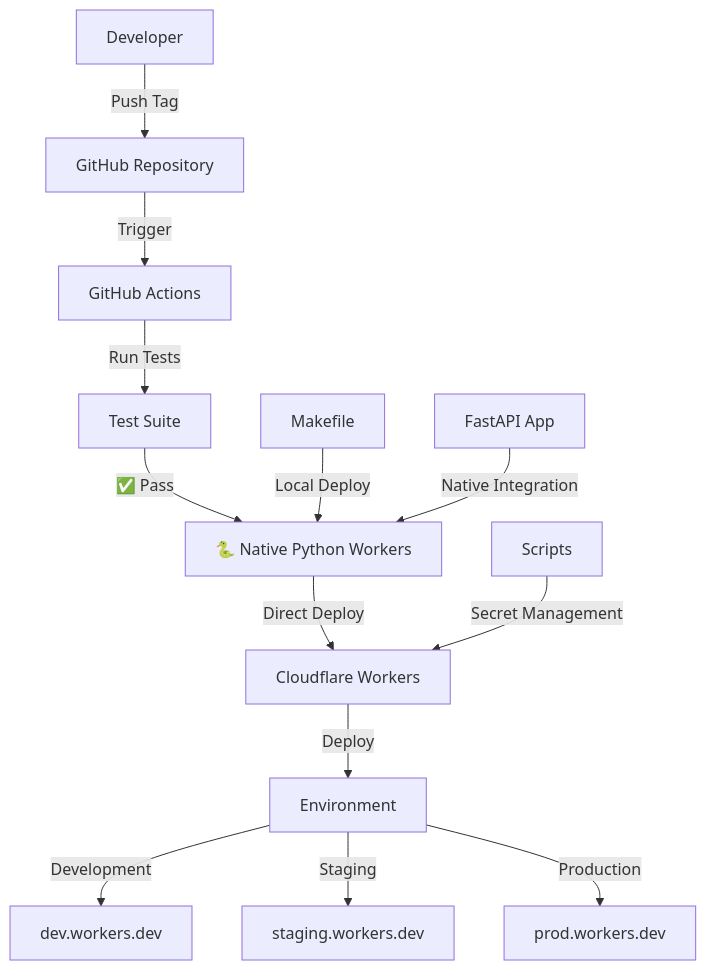
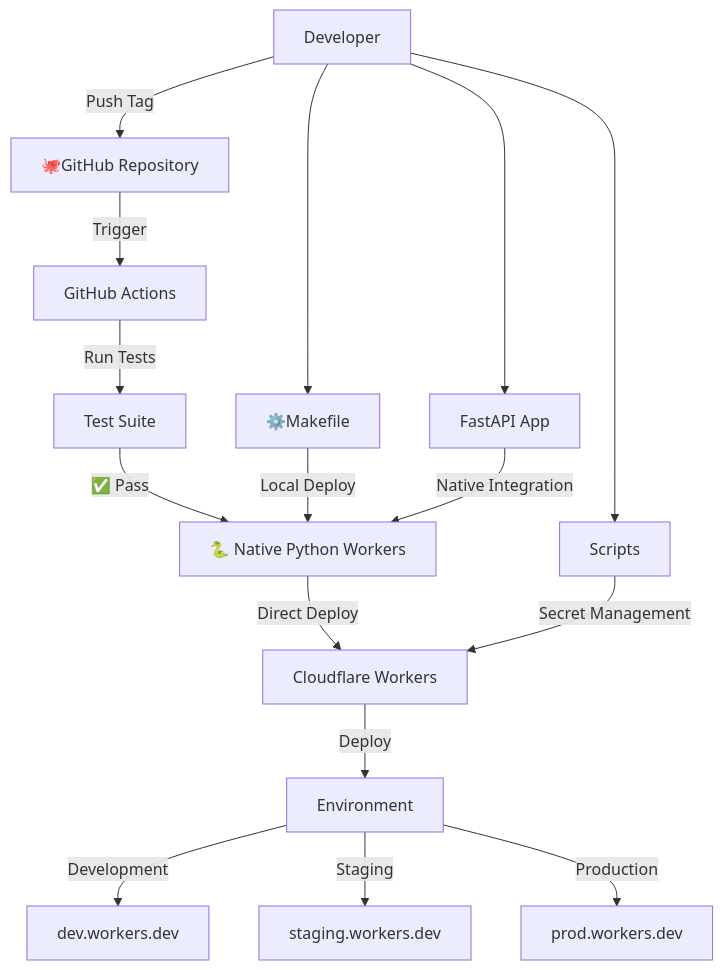
The diagram in docs/app_deploy.md (robinmin/faster), drawn with Mermaid before and after one commit. The commit also changed other lines of this file, not shown here.

Commit message:
doc: enhance flow diagram

````diff
--- a/docs/app_deploy.md
+++ b/docs/app_deploy.md
@@ -43,17 +43,20 @@
 ```mermaid
 graph TB
-    A[Developer] -->|Push Tag| B[GitHub Repository]
+    A[Developer] -->|Push Tag| B[🐙GitHub Repository]
     B -->|Trigger| C[GitHub Actions]
     C -->|Run Tests| D[Test Suite]
     D -->|✅ Pass| E[🐍 Native Python Workers]
     E -->|Direct Deploy| F[Cloudflare Workers]
     F -->|Deploy| G[Environment]
+    A --> K
+    A --> M
+    A --> L
 
     G -->|Development| H[dev.workers.dev]
     G -->|Staging| I[staging.workers.dev]
     G -->|Production| J[prod.workers.dev]
 
-    K[Makefile] -->|Local Deploy| E
+    K[⚙️Makefile] -->|Local Deploy| E
     L[Scripts] -->|Secret Management| F
     M[FastAPI App] -->|Native Integration| E
 ```
````
